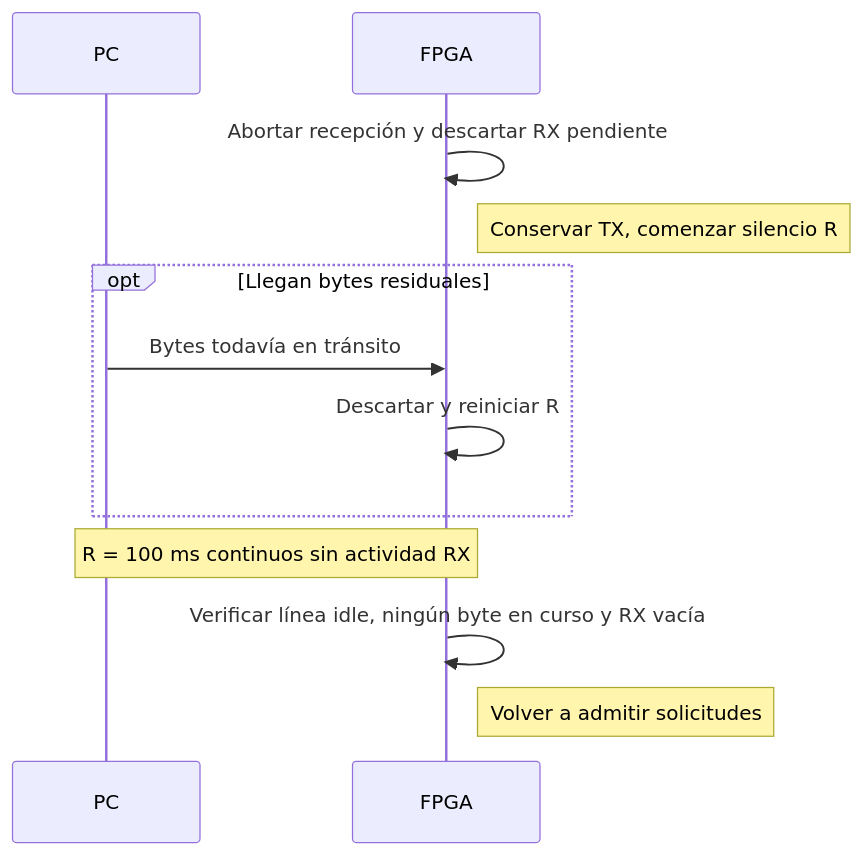
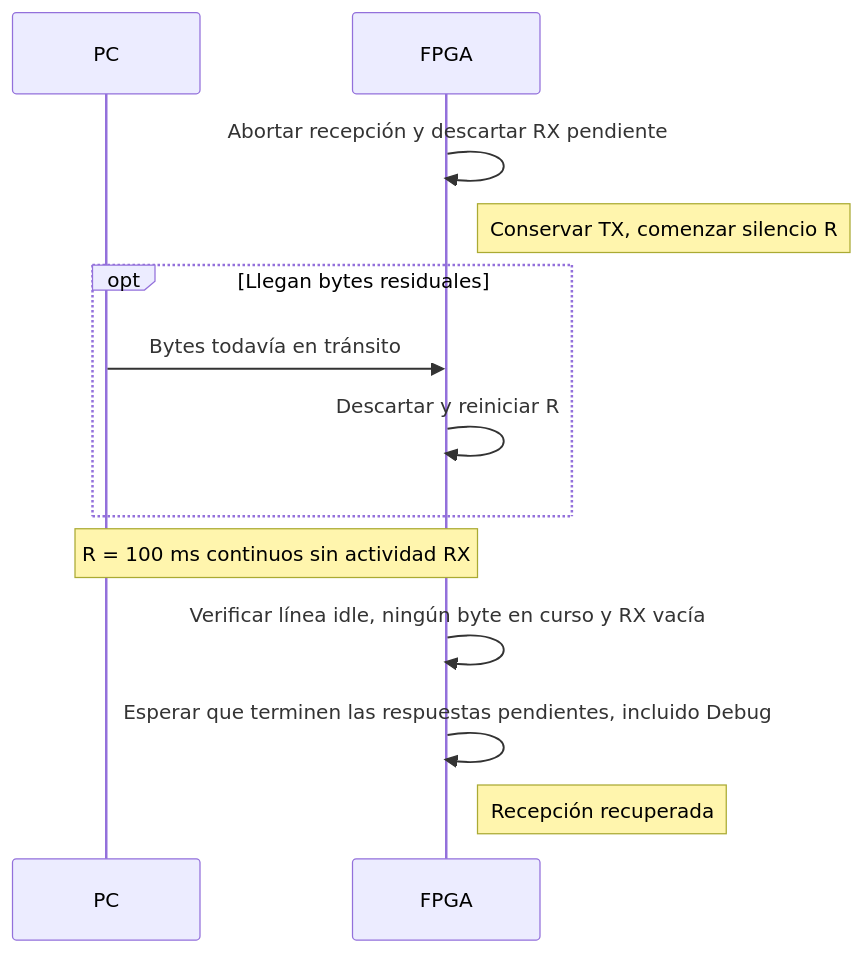
Before and after one commit to FrancoPerotti/computer-architecture-tps: diagram 16 of 20 in tp3/docs/protocol.md, drawn with Mermaid. The commit also changed other lines of this file and 49 other files, not shown here.

````diff
--- a/tp3/docs/protocol.md
+++ b/tp3/docs/protocol.md
@@ -1150,14 +1135,15 @@
 ```mermaid
 sequenceDiagram
     participant PC as PC
     participant FPGA as FPGA
     FPGA->>FPGA: Abortar recepción y descartar RX pendiente
     Note right of FPGA: Conservar TX, comenzar silencio R
     opt Llegan bytes residuales
         PC->>FPGA: Bytes todavía en tránsito
         FPGA->>FPGA: Descartar y reiniciar R
     end
     Note over PC,FPGA: R = 100 ms continuos sin actividad RX
     FPGA->>FPGA: Verificar línea idle, ningún byte en curso y RX vacía
-    Note right of FPGA: Volver a admitir solicitudes
+    FPGA->>FPGA: Esperar que terminen las respuestas pendientes, incluido Debug
+    Note right of FPGA: Recepción recuperada
 ```
````
